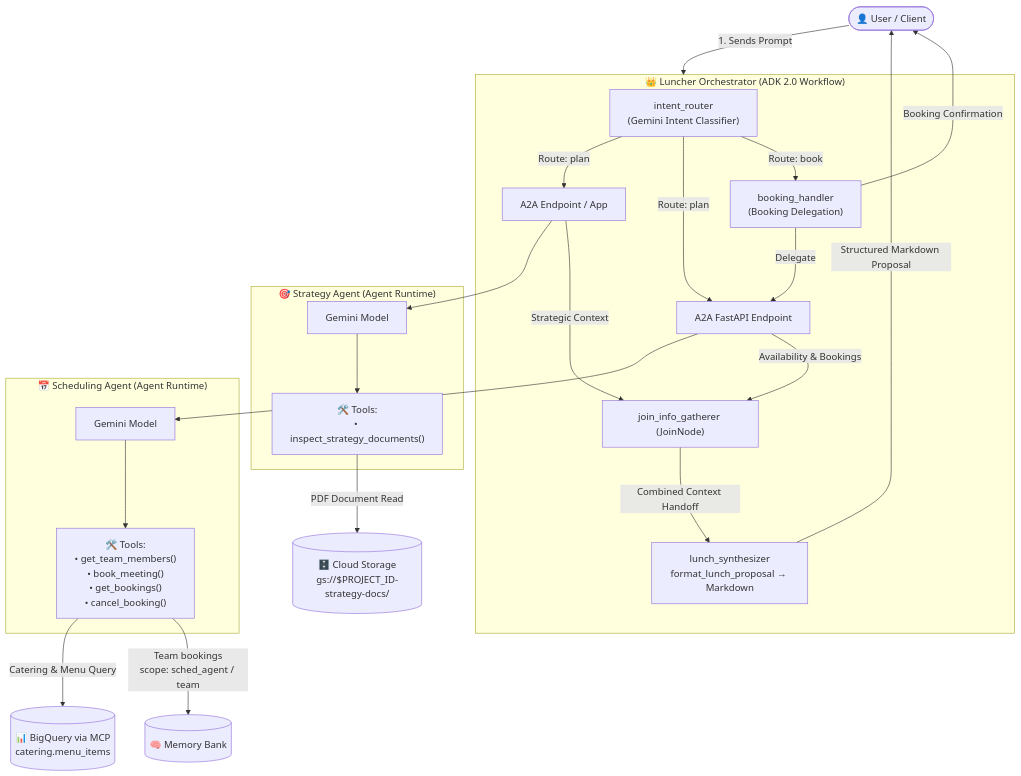
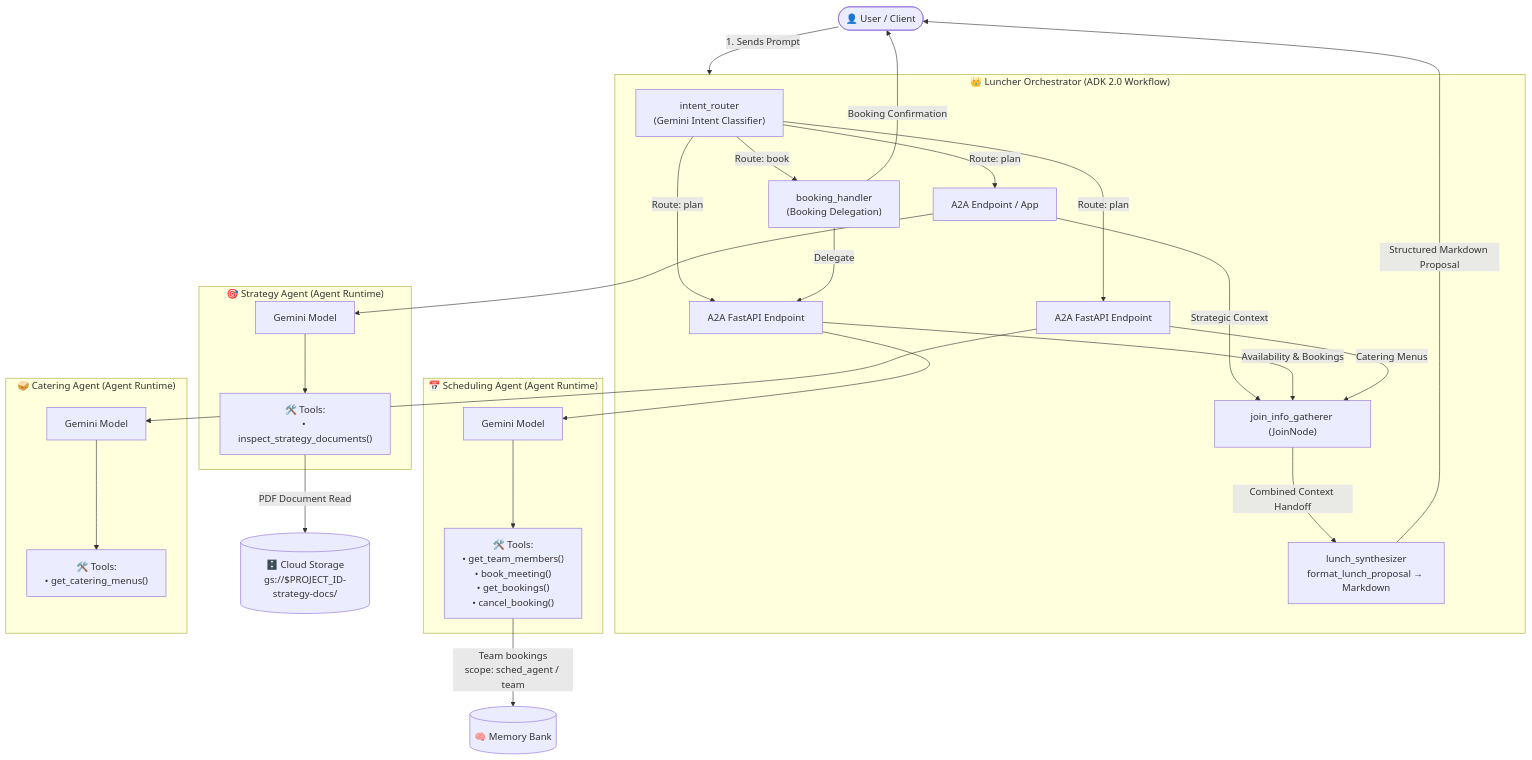
Before and after one commit to davidstanke/automat: the diagram in README.md, drawn with Mermaid. The commit also changed other lines of this file and 31 other files, not shown here.

Commit message:
feat(cater-agent-lite): implement cater-agent-lite

````diff
--- a/README.md
+++ b/README.md
@@ -40,47 +40,55 @@
 ```mermaid
 graph TD
     User(["👤 User / Client"]) -->|1. Sends Prompt| LuncherWorkflow
 
     subgraph LuncherWorkflow ["👑 Luncher Orchestrator (ADK 2.0 Workflow)"]
         Router["intent_router<br/>(Gemini Intent Classifier)"]
         JoinGatherer["join_info_gatherer (JoinNode)"]
         Synthesizer["lunch_synthesizer<br/>format_lunch_proposal → Markdown"]
         BookingHandler["booking_handler<br/>(Booking Delegation)"]
 
         Router -->|Route: plan| StratA2A
         Router -->|Route: plan| SchedA2A
+        Router -->|Route: plan| CaterA2A
         Router -->|Route: book| BookingHandler
         BookingHandler -->|Delegate| SchedA2A
     end
 
     subgraph StrategyAgent ["🎯 Strategy Agent (Agent Runtime)"]
         StratA2A["A2A Endpoint / App"]
         StratLLM["Gemini Model"]
         StratTools["🛠️ Tools:<br/>• inspect_strategy_documents()"]
         StratA2A --> StratLLM
         StratLLM --> StratTools
     end
 
     subgraph SchedAgent ["📅 Scheduling Agent (Agent Runtime)"]
         SchedA2A["A2A FastAPI Endpoint"]
         SchedLLM["Gemini Model"]
         SchedTools["🛠️ Tools:<br/>• get_team_members()<br/>• book_meeting()<br/>• get_bookings()<br/>• cancel_booking()"]
         SchedA2A --> SchedLLM
         SchedLLM --> SchedTools
     end
 
+    subgraph CaterAgent ["🥪 Catering Agent (Agent Runtime)"]
+        CaterA2A["A2A FastAPI Endpoint"]
+        CaterLLM["Gemini Model"]
+        CaterTools["🛠️ Tools:<br/>• get_catering_menus()"]
+        CaterA2A --> CaterLLM
+        CaterLLM --> CaterTools
+    end
+
     GCS[("🗄️ Cloud Storage<br/>gs://$PROJECT_ID-strategy-docs/")]
-    BQ[("📊 BigQuery via MCP<br/>catering.menu_items")]
     MemBank[("🧠 Memory Bank")]
 
     StratTools -->|PDF Document Read| GCS
-    SchedTools -->|Catering & Menu Query| BQ
     SchedTools -->|Team bookings<br/>scope: sched_agent / team| MemBank
 
     StratA2A -->|Strategic Context| JoinGatherer
     SchedA2A -->|Availability & Bookings| JoinGatherer
+    CaterA2A -->|Catering Menus| JoinGatherer
 
     JoinGatherer -->|Combined Context Handoff| Synthesizer
     Synthesizer -->|Structured Markdown Proposal| User
     BookingHandler -->|Booking Confirmation| User
 ```
````
